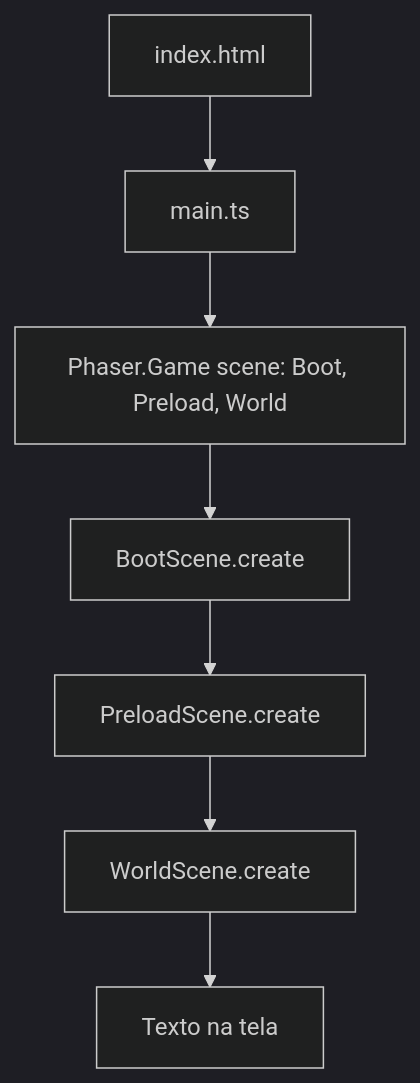
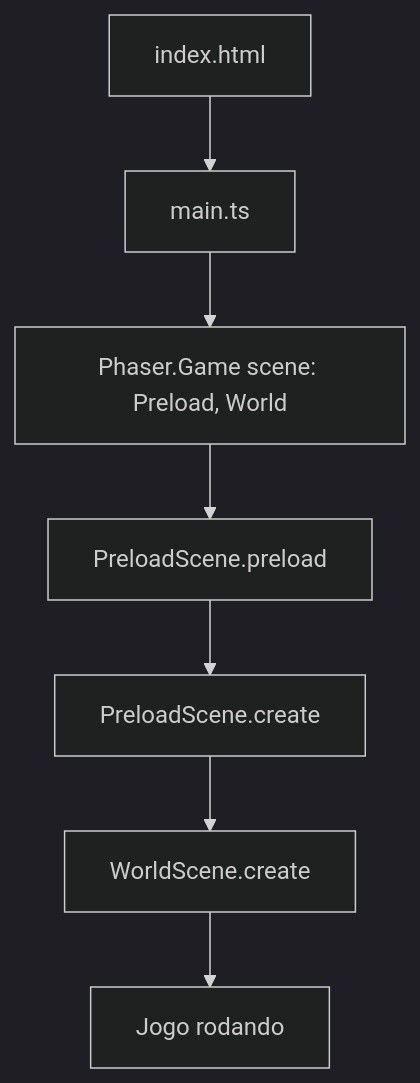
Before and after one commit to fecarneiro/ts-rpg-engine: the diagram in packages/client-phaser/src/game/scenes/scenes.md, drawn with Mermaid (dark theme). The commit also changed 7 other files, not shown here.

Commit message:
feat: implement player movement, animations, and map creation in WorldScene

````diff
--- a/packages/client-phaser/src/game/scenes/scenes.md
+++ b/packages/client-phaser/src/game/scenes/scenes.md
@@ -1,9 +1,9 @@
 ```mermaid
 flowchart TD
     A[index.html] --> B[main.ts]
-    B --> C[Phaser.Game scene: Boot, Preload, World]
-    C --> D[BootScene.create]
+    B --> C[Phaser.Game scene: Preload, World]
+    C --> D[PreloadScene.preload]
     D --> E[PreloadScene.create]
     E --> F[WorldScene.create]
-    F --> G[Texto na tela]
+    F --> G[Jogo rodando]
 ```
````
